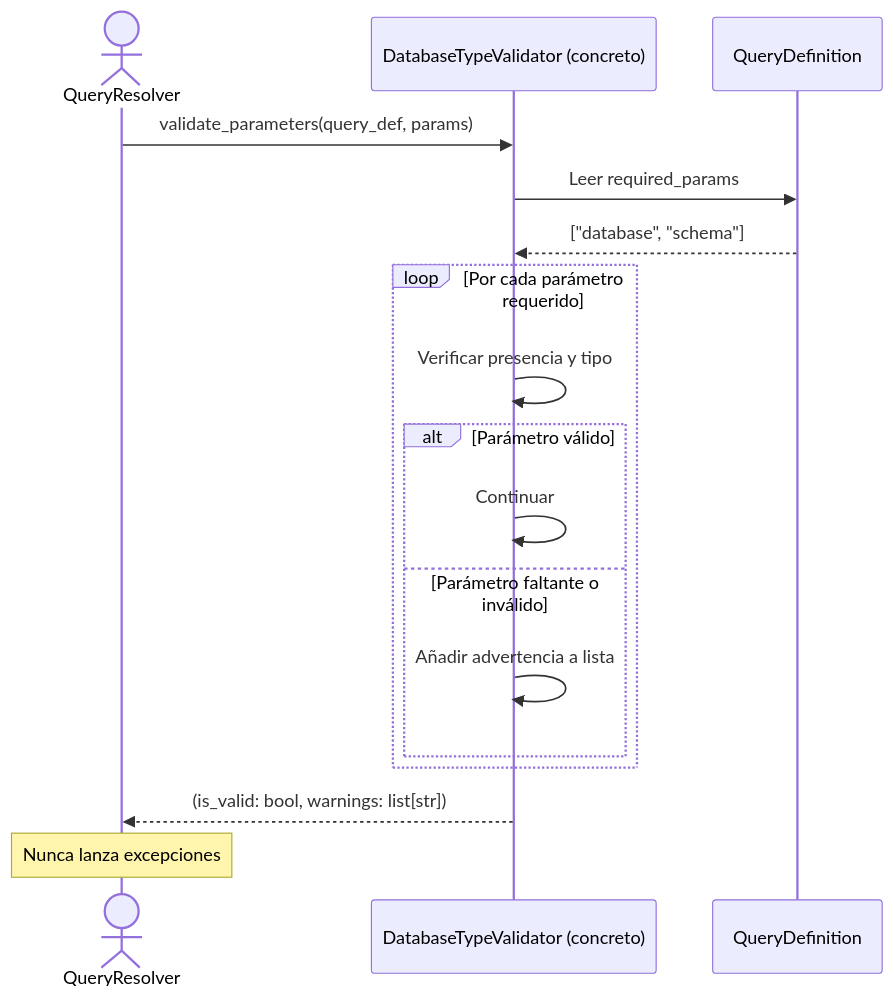
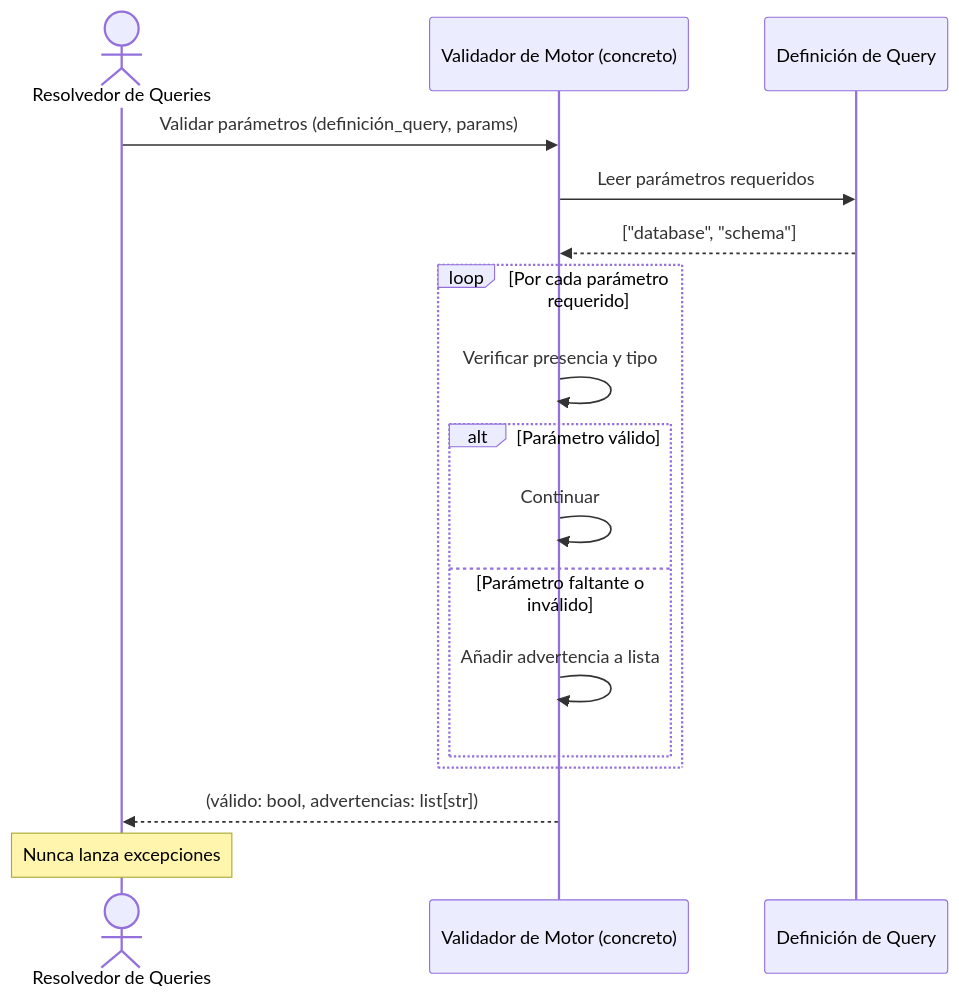
One commit to fmanza/util_bbdd changed the diagram in docs/functional/validators-pattern.md. Above: the diagram before and after it, drawn with Mermaid. The commit also changed other lines of this file and 117 other files, not shown here.

````diff
--- a/docs/functional/validators-pattern.md
+++ b/docs/functional/validators-pattern.md
@@ -15,22 +28,22 @@
 ```mermaid
 sequenceDiagram
-    actor Res as QueryResolver
-    participant Val as DatabaseTypeValidator (concreto)
-    participant QD as QueryDefinition
+    actor Res as Resolvedor de Queries
+    participant Val as Validador de Motor (concreto)
+    participant QD as Definición de Query
 
-    Res->>Val: validate_parameters(query_def, params)
-    Val->>QD: Leer required_params
+    Res->>Val: Validar parámetros (definición_query, params)
+    Val->>QD: Leer parámetros requeridos
     QD-->>Val: ["database", "schema"]
 
     loop Por cada parámetro requerido
         Val->>Val: Verificar presencia y tipo
         alt Parámetro válido
             Val->>Val: Continuar
         else Parámetro faltante o inválido
             Val->>Val: Añadir advertencia a lista
         end
     end
 
-    Val-->>Res: (is_valid: bool, warnings: list[str])
+    Val-->>Res: (válido: bool, advertencias: list[str])
     Note over Res: Nunca lanza excepciones
 ```
````
